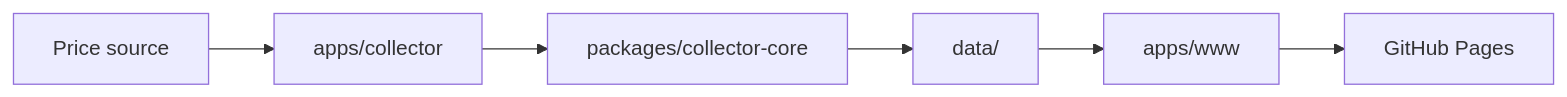
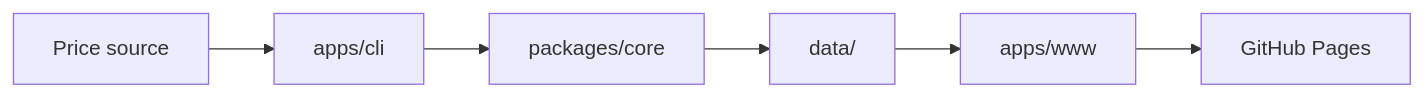
The diagram in README.md (yuler/golden-price), drawn with Mermaid before and after one commit. The commit also changed other lines of this file and 24 other files, not shown here.

First line of the commit message:
♻️ [repo]: Rename collector to cli and collector-core to core

````diff
--- a/README.md
+++ b/README.md
@@ -16,8 +16,8 @@
 ```mermaid
 flowchart LR
-  Source[Price source] --> Collector[apps/collector]
-  Collector --> Core[packages/collector-core]
+  Source[Price source] --> Cli[apps/cli]
+  Cli --> Core[packages/core]
   Core --> Data[data/]
   Data --> Www[apps/www]
   Www --> Pages[GitHub Pages]
 ```
````
